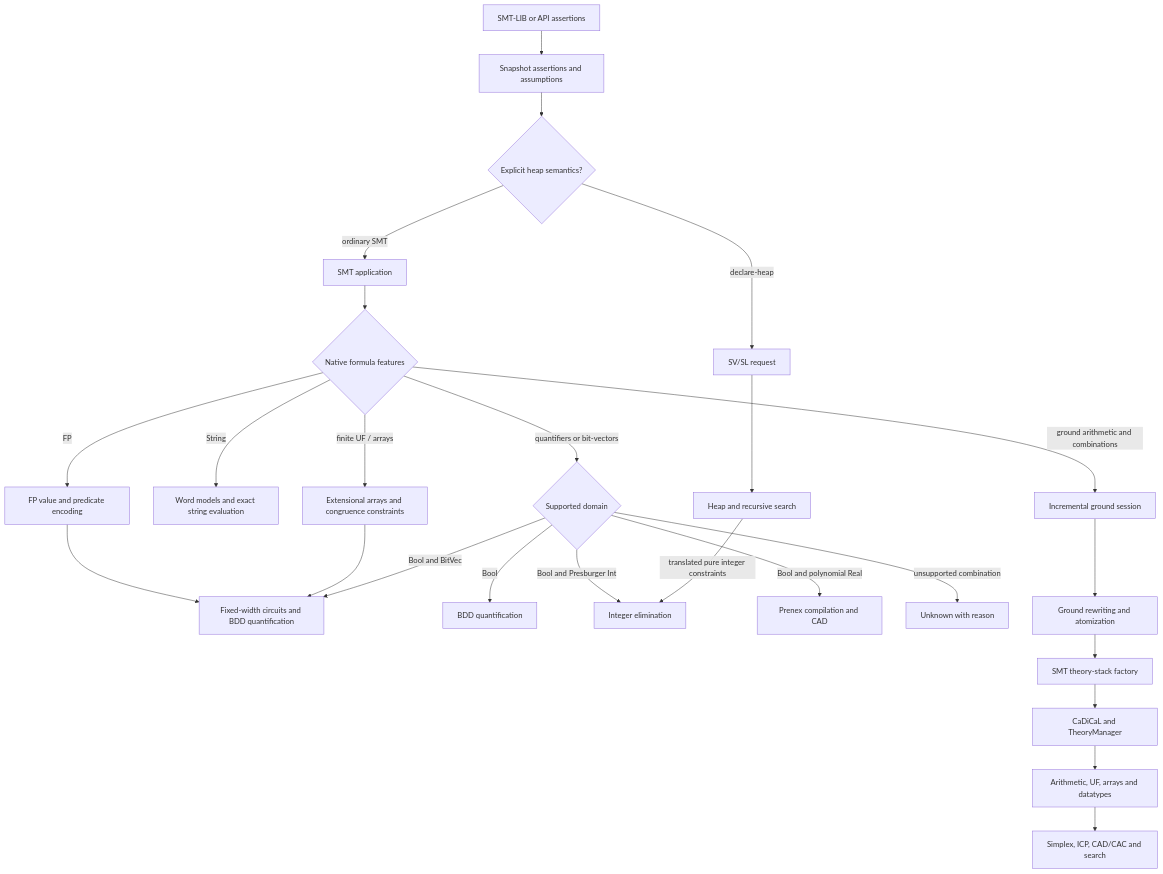
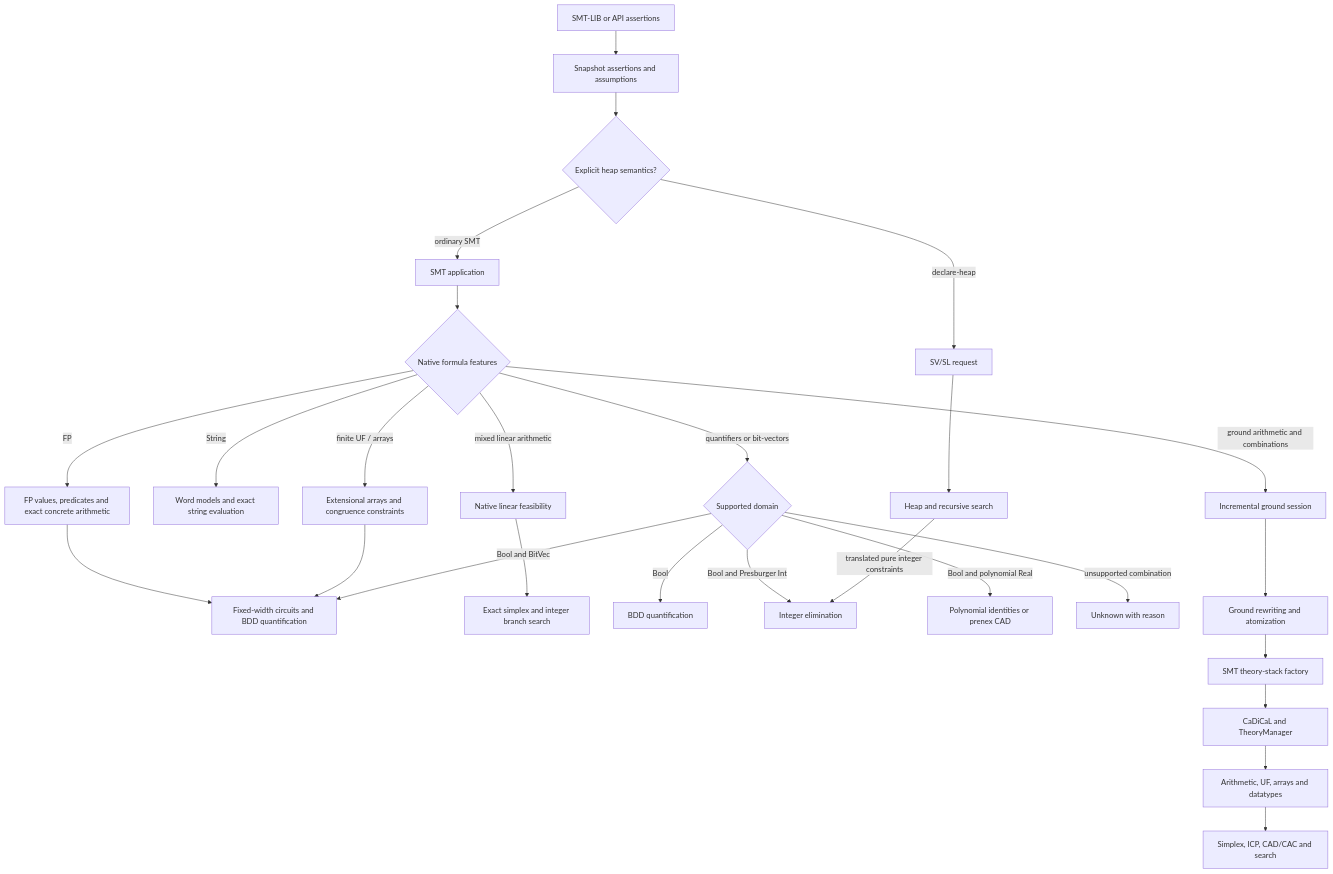
The second of 3 diagrams in docs/ARCHITECTURE.md (fuqi-jia/Xolver), drawn with Mermaid before and after one commit. The commit also changed other lines of this file and 50 other files, not shown here.

````diff
--- a/docs/ARCHITECTURE.md
+++ b/docs/ARCHITECTURE.md
@@ -54,27 +56,29 @@
 ```mermaid
 flowchart TD
     Input[SMT-LIB or API assertions] --> Session[Snapshot assertions and assumptions]
     Session --> Heap{Explicit heap semantics?}
     Heap -->|declare-heap| SL[SV/SL request]
     Heap -->|ordinary SMT| SMT[SMT application]
     SMT --> Classify{Native formula features}
-    Classify -->|FP| FP[FP value and predicate encoding]
+    Classify -->|FP| FP[FP values, predicates and exact concrete arithmetic]
     Classify -->|String| Words[Word models and exact string evaluation]
     Classify -->|finite UF / arrays| Finite[Extensional arrays and congruence constraints]
     FP --> QBV
     Finite --> QBV
     Classify -->|quantifiers or bit-vectors| Domain{Supported domain}
+    Classify -->|mixed linear arithmetic| Mixed[Native linear feasibility]
+    Mixed --> Optimization[Exact simplex and integer branch search]
     Classify -->|ground arithmetic and combinations| Ground[Incremental ground session]
     Domain -->|Bool| QBF[BDD quantification]
     Domain -->|Bool and BitVec| QBV[Fixed-width circuits and BDD quantification]
     Domain -->|Bool and Presburger Int| Int[Integer elimination]
-    Domain -->|Bool and polynomial Real| Real[Prenex compilation and CAD]
+    Domain -->|Bool and polynomial Real| Real[Polynomial identities or prenex CAD]
     Domain -->|unsupported combination| Unknown[Unknown with reason]
     Ground --> Lower[Ground rewriting and atomization]
     Lower --> Factory[SMT theory-stack factory]
     Factory --> CDCL[CaDiCaL and TheoryManager]
     CDCL --> Theories[Arithmetic, UF, arrays and datatypes]
     Theories --> Engines[Simplex, ICP, CAD/CAC and search]
     SL --> Spatial[Heap and recursive search]
     Spatial -->|translated pure integer constraints| Int
 ```
````
